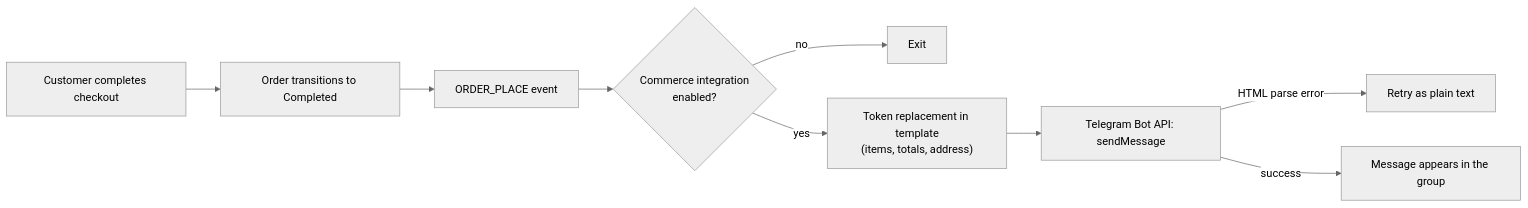
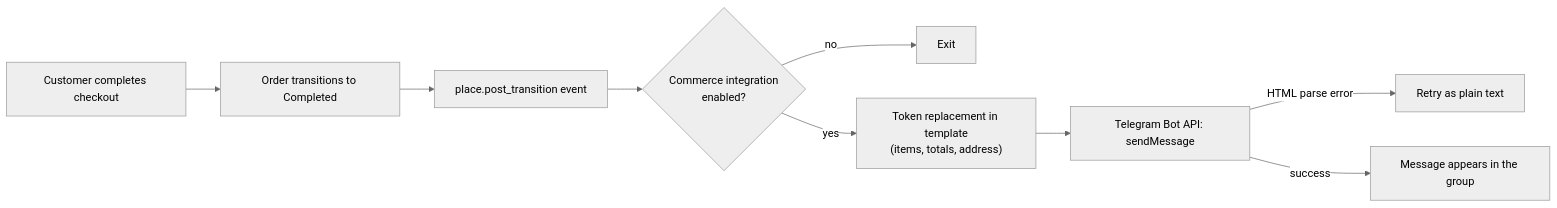
The diagram in README.en.md (Mmitekk/drupal-commerce-to-telegram), drawn with Mermaid (neutral theme) before and after one commit. The commit also changed other lines of this file and 14 other files, not shown here.

First line of the commit message:
v1.0.1: fix settings saving (#tree), real place.post_transition event, escaped tag hints in admin form

````diff
--- a/README.en.md
+++ b/README.en.md
@@ -137,11 +139,11 @@
 ```mermaid
 flowchart LR
     A["Customer completes checkout"] --> B["Order transitions to Completed"]
-    B --> C["ORDER_PLACE event"]
+    B --> C["place.post_transition event"]
     C --> D{"Commerce integration<br>enabled?"}
     D -- "no" --> E["Exit"]
     D -- "yes" --> F["Token replacement in template<br>(items, totals, address)"]
     F --> G["Telegram Bot API: sendMessage"]
     G -- "HTML parse error" --> H["Retry as plain text"]
     G -- "success" --> I["Message appears in the group"]
 ```
````
